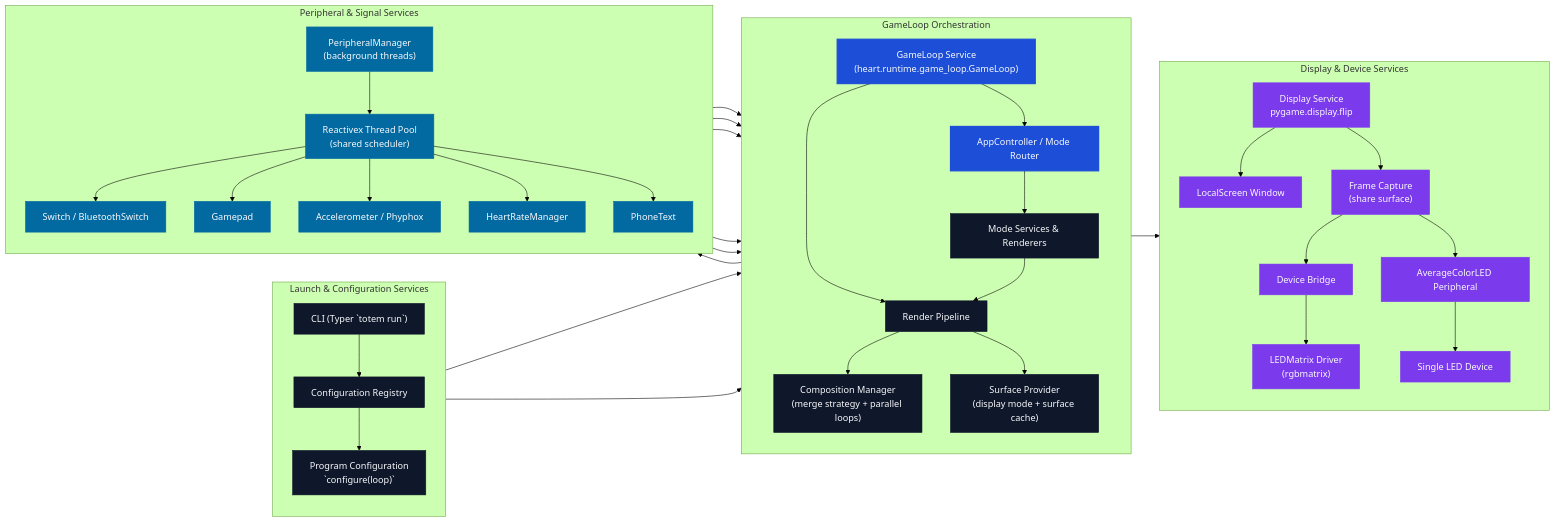
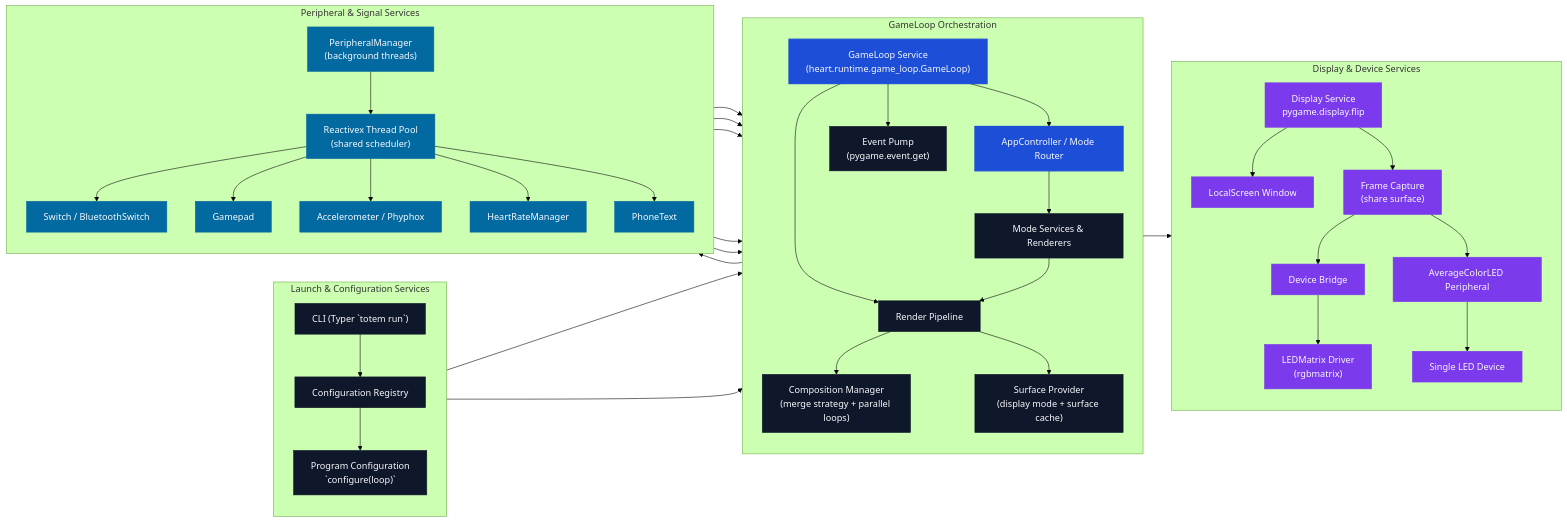
Before and after one commit to Organization5762/heart: the diagram in docs/code_flow.md, drawn with Mermaid (forest theme). The commit also changed other lines of this file and 8 other files, not shown here.

Commit message:
Extract pygame event pump

````diff
--- a/docs/code_flow.md
+++ b/docs/code_flow.md
@@ -19,69 +19,71 @@
 ```mermaid
 flowchart LR
     %% Visual classes for different service categories
     classDef orchestrator fill:#1d4ed8,stroke:#1d4ed8,color:#f8fafc,stroke-width:2px;
     classDef service fill:#0f172a,stroke:#0f172a,color:#f8fafc;
     classDef input fill:#0369a1,stroke:#0369a1,color:#f8fafc;
     classDef output fill:#7c3aed,stroke:#7c3aed,color:#f8fafc;
 
     subgraph Launch["Launch & Configuration Services"]
         direction TB
         CLI["CLI (Typer `totem run`)"]
         Registry["Configuration Registry"]
         Configurer["Program Configuration\n`configure(loop)`"]
     end
 
     subgraph Runtime["GameLoop Orchestration"]
         direction TB
         Loop["GameLoop Service\n(heart.runtime.game_loop.GameLoop)"]
         AppRouter["AppController / Mode Router"]
+        EventPump["Event Pump\n(pygame.event.get)"]
         ModeServices["Mode Services & Renderers"]
         RenderPipeline["Render Pipeline"]
         SurfaceProvider["Surface Provider\n(display mode + surface cache)"]
         CompositionManager["Composition Manager\n(merge strategy + parallel loops)"]
     end
 
     subgraph Inputs["Peripheral & Signal Services"]
         direction TB
         PeripheralMgr["PeripheralManager\n(background threads)"]
         RxScheduler["Reactivex Thread Pool\n(shared scheduler)"]
         Switch["Switch / BluetoothSwitch"]
         Gamepad["Gamepad"]
         Sensors["Accelerometer / Phyphox"]
         HeartRate["HeartRateManager"]
         PhoneText["PhoneText"]
     end
 
     subgraph Outputs["Display & Device Services"]
         direction TB
         DisplaySvc["Display Service\npygame.display.flip"]
         LocalScreen["LocalScreen Window"]
         Capture["Frame Capture\n(share surface)"]
         DeviceBridge["Device Bridge"]
         LedMatrix["LEDMatrix Driver\n(rgbmatrix)"]
         AverageMirror["AverageColorLED Peripheral"]
         SingleLED["Single LED Device"]
     end
 
     CLI --> Registry --> Configurer --> Loop
     Configurer --> AppRouter
     Loop --> AppRouter
+    Loop --> EventPump
     Loop --> RenderPipeline
     AppRouter --> ModeServices --> RenderPipeline --> CompositionManager --> DisplaySvc
     RenderPipeline --> SurfaceProvider
     DisplaySvc --> LocalScreen
     DisplaySvc --> Capture --> DeviceBridge --> LedMatrix
     Capture --> AverageMirror --> SingleLED
 
     Loop --> PeripheralMgr --> RxScheduler
     RxScheduler --> Switch --> AppRouter
     RxScheduler --> Gamepad --> AppRouter
     RxScheduler --> Sensors --> AppRouter
     RxScheduler --> HeartRate --> AppRouter
     RxScheduler --> PhoneText --> AppRouter
 
-    class CLI,Registry,Configurer,ModeServices,RenderPipeline,SurfaceProvider,CompositionManager service;
+    class CLI,Registry,Configurer,ModeServices,RenderPipeline,SurfaceProvider,CompositionManager,EventPump service;
     class Loop,AppRouter orchestrator;
     class PeripheralMgr,RxScheduler,Switch,Gamepad,Sensors,HeartRate,PhoneText input;
     class DisplaySvc,LocalScreen,Capture,DeviceBridge,LedMatrix,AverageMirror,SingleLED output;
 ```
````
